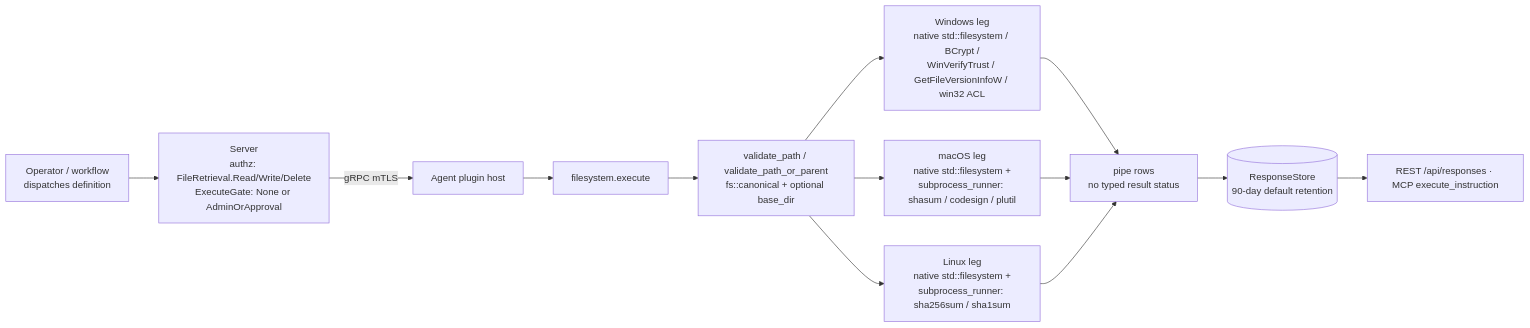
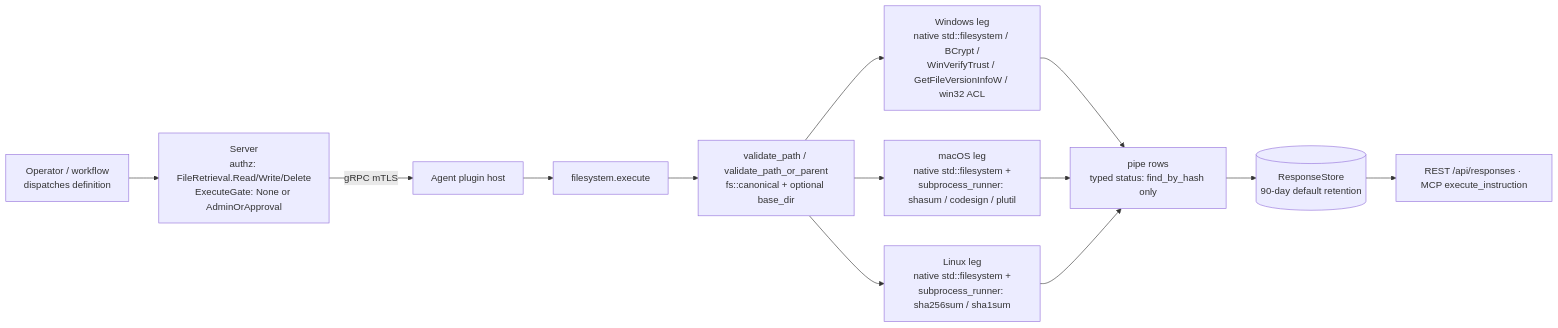
The diagram in agents/plugins/filesystem/README.md (DevNullLtd/Yuzu), drawn with Mermaid before and after one commit. The commit also changed other lines of this file and 14 other files, not shown here.

First line of the commit message:
fix(filesystem): bound find_by_hash, hash in-process without following symlinks

````diff
--- a/agents/plugins/filesystem/README.md
+++ b/agents/plugins/filesystem/README.md
@@ -23,12 +25,12 @@
 ```mermaid
 flowchart LR
   OP[Operator / workflow<br/>dispatches definition] --> SRV[Server<br/>authz: FileRetrieval.Read/Write/Delete<br/>ExecuteGate: None or AdminOrApproval]
   SRV -- gRPC mTLS --> HOST[Agent plugin host] --> EX[filesystem.execute]
   EX --> VAL[validate_path / validate_path_or_parent<br/>fs::canonical + optional base_dir]
   VAL --> WIN[Windows leg<br/>native std::filesystem / BCrypt /<br/>WinVerifyTrust / GetFileVersionInfoW / win32 ACL]
   VAL --> MAC[macOS leg<br/>native std::filesystem +<br/>subprocess_runner: shasum / codesign / plutil]
   VAL --> LIN[Linux leg<br/>native std::filesystem +<br/>subprocess_runner: sha256sum / sha1sum]
-  WIN & MAC & LIN --> ROWS[pipe rows<br/>no typed result status]
+  WIN & MAC & LIN --> ROWS[pipe rows<br/>typed status: find_by_hash only]
   ROWS --> RS[(ResponseStore<br/>90-day default retention)]
   RS --> API[REST /api/responses · MCP execute_instruction]
 ```
````
